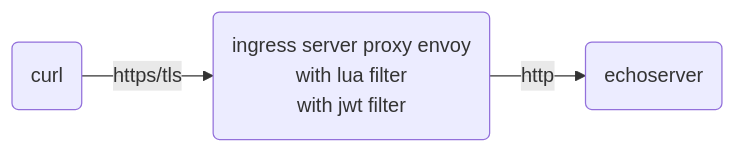
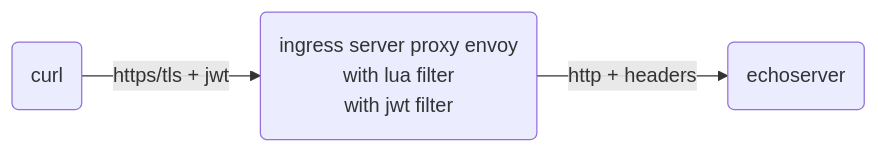
One commit to ctyano/athenz-distribution changed diagram 11 of 17 in docs/ENVOY.md. Above: the diagram before and after it, drawn with Mermaid. The commit also changed other lines of this file and 5 other files, not shown here.

````diff
--- a/docs/ENVOY.md
+++ b/docs/ENVOY.md
@@ -185,4 +185,4 @@
 ```mermaid
 flowchart LR
-A(curl) -->|https/tls| B(ingress server proxy envoy\nwith lua filter\nwith jwt filter) -->|http| C(echoserver)
+A(curl) -->|https/tls + jwt| B(ingress server proxy envoy\nwith lua filter\nwith jwt filter) -->|http + headers| C(echoserver)
 ```
````
